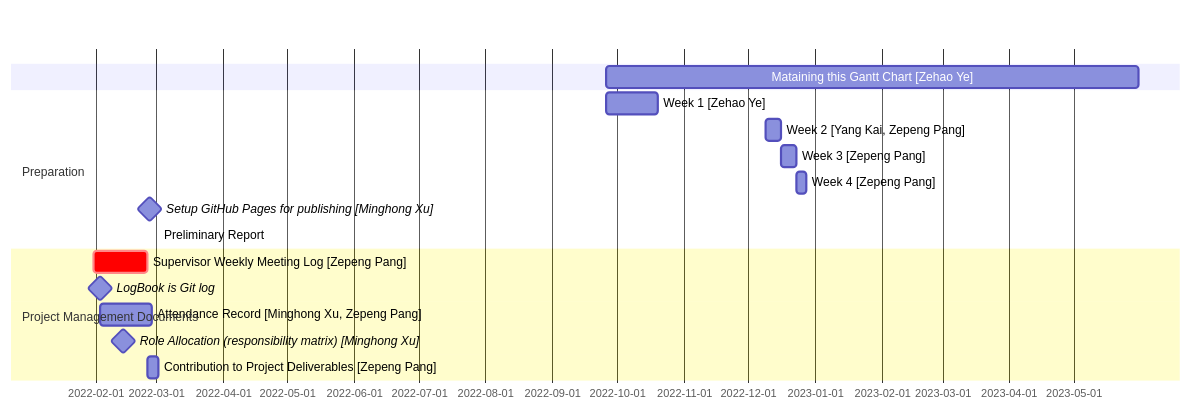
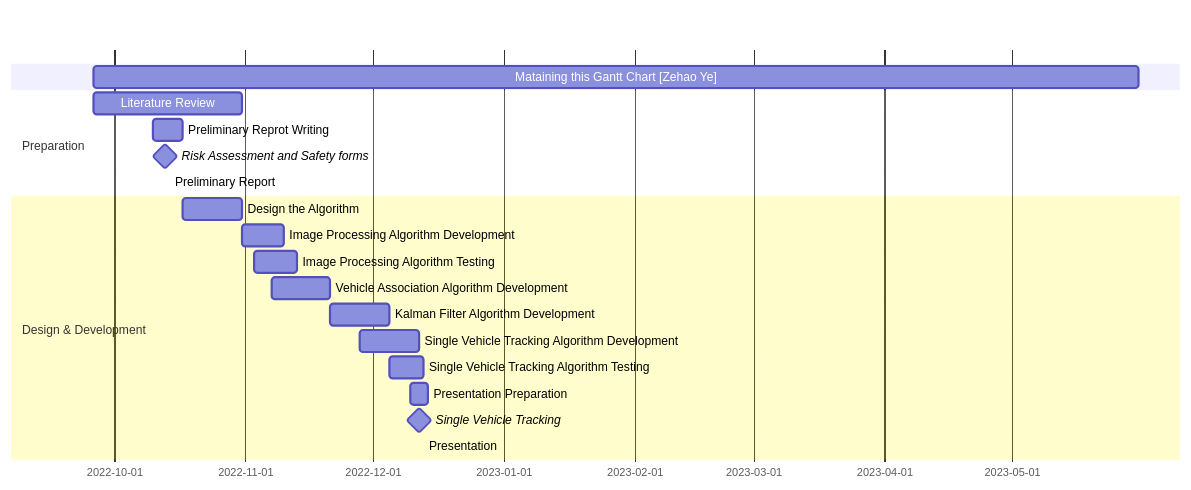
Before and after one commit to yezehao/final-year-project: the diagram in README.md, drawn with Mermaid.

Commit message:
modify the Gannt Chart

````diff
--- a/README.md
+++ b/README.md
@@ -18,22 +18,26 @@
 ```mermaid
 gantt
     dateFormat  YYYY-MM-DD
 
     Mataining this Gantt Chart [Zehao Ye] : 2022-09-26, 2023-05-31
 
     section Preparation
-    Week 1 [Zehao Ye] : Literature Review based on Kalman Filter, 2022-09-26, 24d
-    Week 2 [Yang Kai, Zepeng Pang] : blog2, after blog1, 7d
-    Week 3 [Zepeng Pang] : blog3, after blog2, 7d
-    Week 4 [Zepeng Pang] : blog4, after blog3, 5d
-    Setup GitHub Pages for publishing [Minghong Xu] : milestone, 2022-02-26, 0d
-    Preliminary Report : crit, after blog4, 2022-03-02
+    Literature Review : prepare, 2022-09-26, 35d
+    Preliminary Reprot Writing : reprot writing, 2022-10-10, 7d
+    Risk Assessment and Safety forms : milestone, 2022-10-13, 0d
+    Preliminary Report : crit, after report writing, 2022-10-14
 
-    section Project Management Documents
-    Supervisor Weekly Meeting Log [Zepeng Pang] : crit, 2022-01-31, 2022-02-25
-    LogBook is Git log: milestone, 2022-02-03, 0d
-    Attendance Record [Minghong Xu, Zepeng Pang] : 2022-02-03, 2022-02-27
-    Role Allocation (responsibility matrix) [Minghong Xu] : milestone, 2022-02-14, 0d
-    Contribution to Project Deliverables [Zepeng Pang] : 2022-02-25, 2022-03-02
+    section Design & Development
+    Design the Algorithm : design, 2022-10-17, 14d
+    Image Processing Algorithm Development : 2022-10-31, 10d
+    Image Processing Algorithm Testing : 2022-11-3, 10d
+    Vehicle Association Algorithm Development : 2022-11-7, 14d
+    Kalman Filter Algorithm Development : 2022-11-21, 14d
+    Single Vehicle Tracking Algorithm Development : 2022-11-28, 14d
+    Single Vehicle Tracking Algorithm Testing : 2022-12-5, 8d    
+    Presentation Preparation : 2022-12-10, 4d
+    Single Vehicle Tracking : milestone, 2022-12-12, 0d
+    Presentation : crit, 2022-12-13, 2022-12-13
 
+    section Testing
 ```
````
